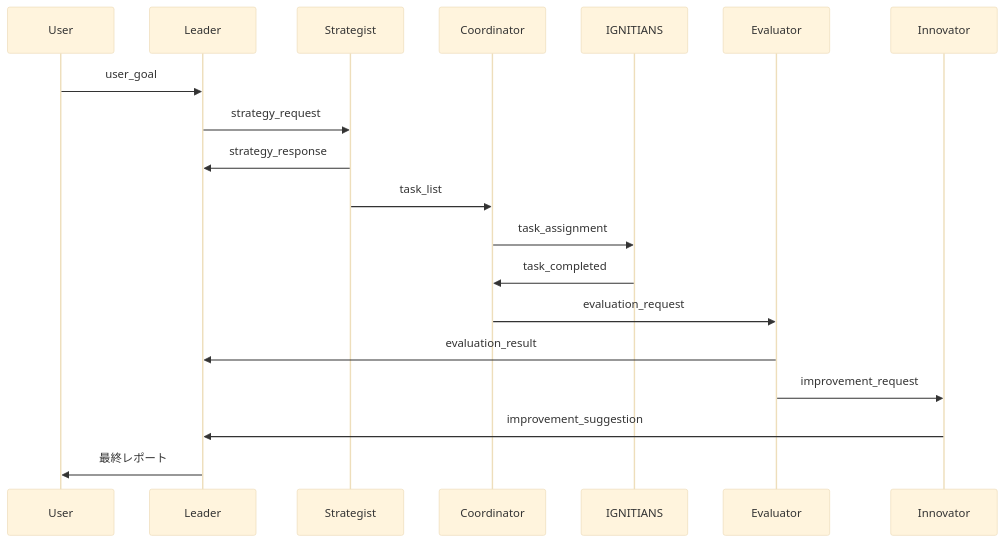
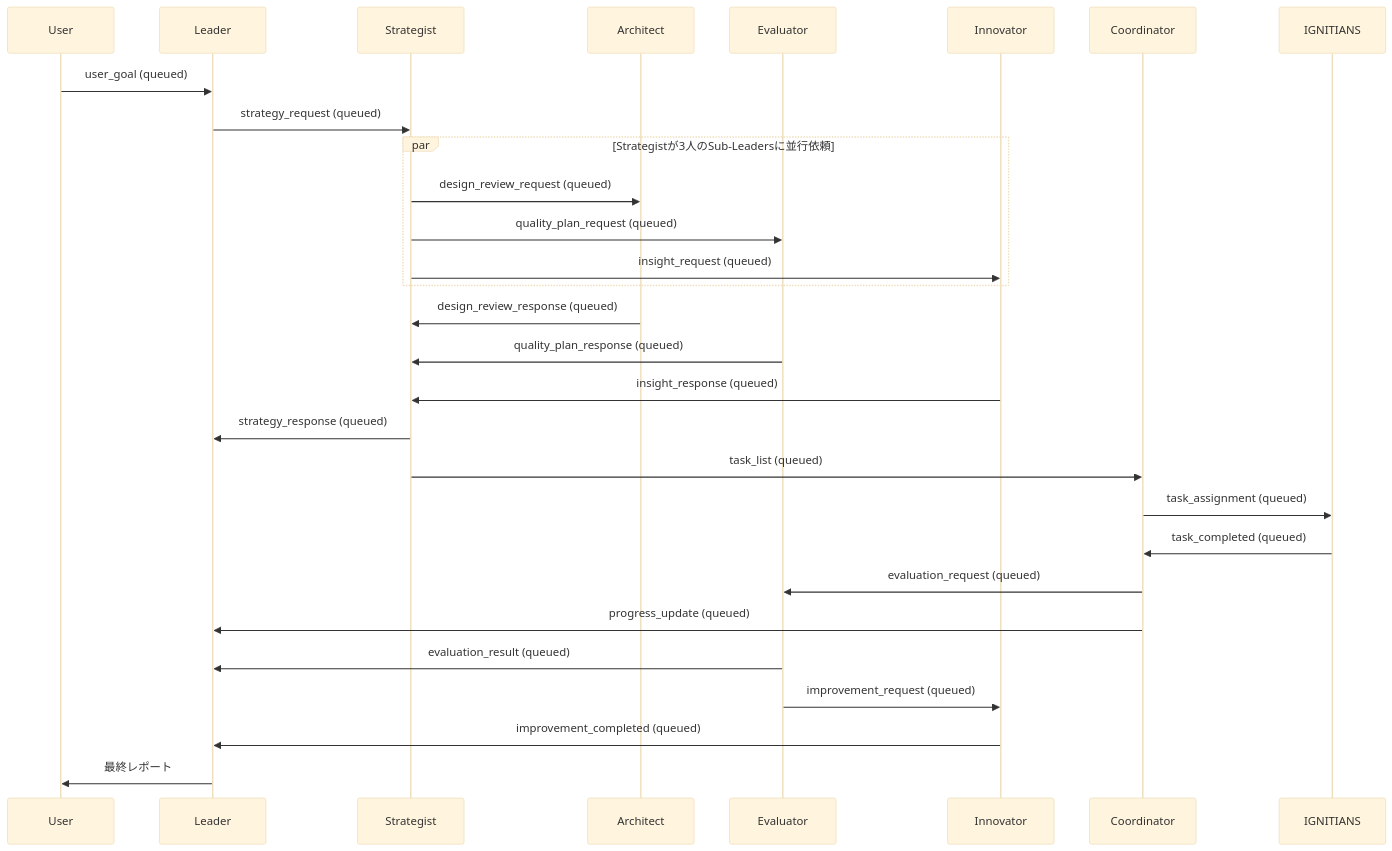
One commit to myfinder/IGNITE changed the second of 2 diagrams in docs/architecture.md. Above: the diagram before and after it, drawn with Mermaid (base theme). The commit also changed other lines of this file and 16 other files, not shown here.

````diff
--- a/docs/architecture.md
+++ b/docs/architecture.md
@@ -75,22 +75,39 @@
 ```mermaid
 sequenceDiagram
     participant U as User
     participant L as Leader
     participant S as Strategist
+    participant A as Architect
+    participant E as Evaluator
+    participant N as Innovator
     participant C as Coordinator
     participant I as IGNITIANS
-    participant E as Evaluator
-    participant N as Innovator
 
-    U->>L: user_goal
-    L->>S: strategy_request
-    S->>L: strategy_response
-    S->>C: task_list
-    C->>I: task_assignment
-    I->>C: task_completed
-    C->>E: evaluation_request
-    E->>L: evaluation_result
-    E->>N: improvement_request
-    N->>L: improvement_suggestion
+    U->>L: user_goal (queued)
+    L->>S: strategy_request (queued)
+
+    par Strategistが3人のSub-Leadersに並行依頼
+        S->>A: design_review_request (queued)
+        S->>E: quality_plan_request (queued)
+        S->>N: insight_request (queued)
+    end
+
+    A->>S: design_review_response (queued)
+    E->>S: quality_plan_response (queued)
+    N->>S: insight_response (queued)
+
+    S->>L: strategy_response (queued)
+    S->>C: task_list (queued)
+
+    C->>I: task_assignment (queued)
+    I->>C: task_completed (queued)
+
+    C->>E: evaluation_request (queued)
+    C->>L: progress_update (queued)
+
+    E->>L: evaluation_result (queued)
+    E->>N: improvement_request (queued)
+    N->>L: improvement_completed (queued)
+
     L->>U: 最終レポート
 ```
````
